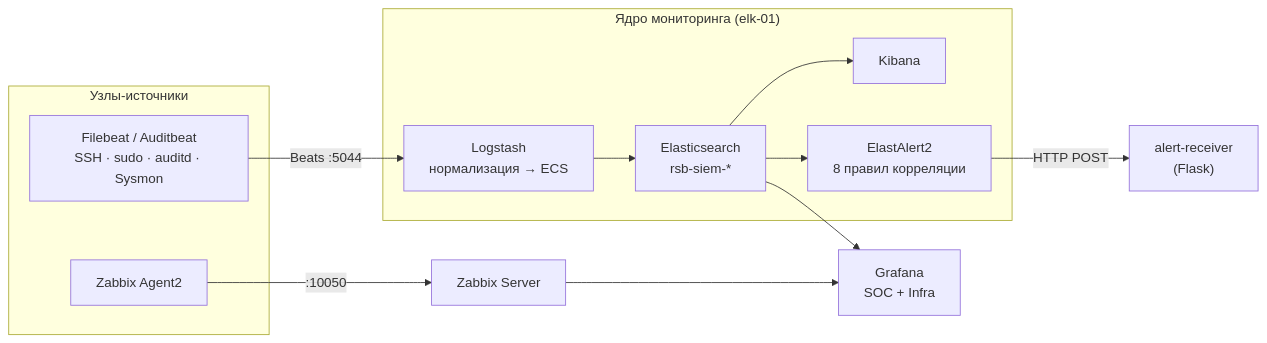
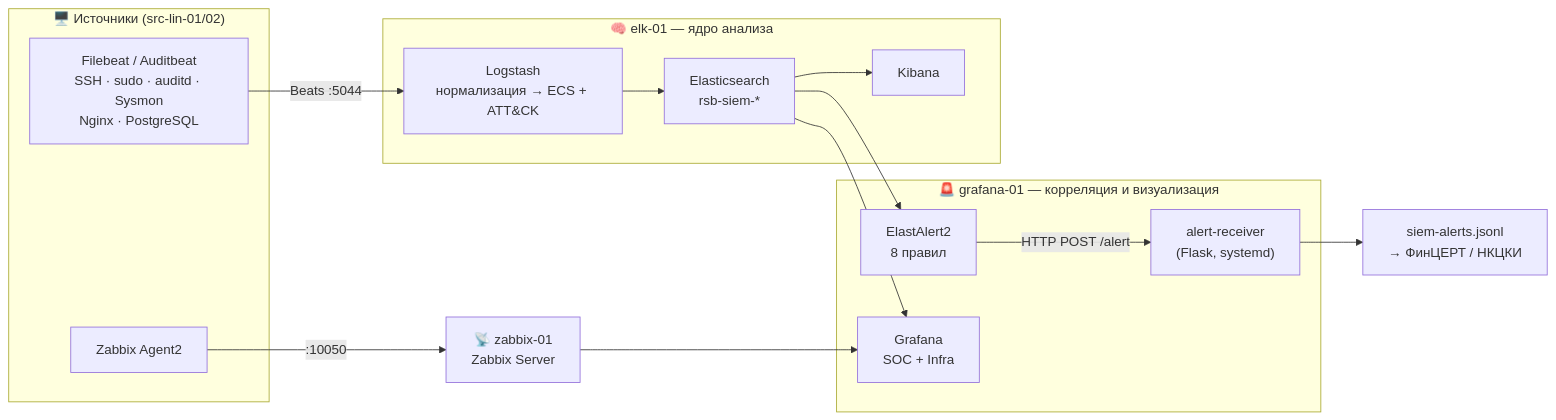
Before and after one commit to iceicexi00/siem-soc-monitoring: the first of 2 diagrams in README.md, drawn with Mermaid. The commit also changed other lines of this file, not shown here.

````diff
--- a/README.md
+++ b/README.md
@@ -40,22 +75,24 @@
 ```mermaid
 flowchart LR
-    subgraph SRC["Узлы-источники"]
-        A1["Filebeat / Auditbeat<br/>SSH · sudo · auditd · Sysmon"]
+    subgraph SRC["🖥️ Источники (src-lin-01/02)"]
+        A1["Filebeat / Auditbeat<br/>SSH · sudo · auditd · Sysmon<br/>Nginx · PostgreSQL"]
         A2["Zabbix Agent2"]
     end
-    subgraph CORE["Ядро мониторинга (elk-01)"]
-        L["Logstash<br/>нормализация → ECS"]
+    subgraph CORE["🧠 elk-01 — ядро анализа"]
+        L["Logstash<br/>нормализация → ECS + ATT&CK"]
         E["Elasticsearch<br/>rsb-siem-*"]
         K["Kibana"]
-        EA["ElastAlert2<br/>8 правил корреляции"]
     end
-    Z["Zabbix Server"]
-    R["alert-receiver<br/>(Flask)"]
-    G["Grafana<br/>SOC + Infra"]
+    subgraph RESP["🚨 grafana-01 — корреляция и визуализация"]
+        EA["ElastAlert2<br/>8 правил"]
+        R["alert-receiver<br/>(Flask, systemd)"]
+        G["Grafana<br/>SOC + Infra"]
+    end
+    Z["📡 zabbix-01<br/>Zabbix Server"]
 
     A1 -->|"Beats :5044"| L --> E --> K
-    E --> EA -->|"HTTP POST"| R
+    E --> EA -->|"HTTP POST /alert"| R --> J["siem-alerts.jsonl<br/>→ ФинЦЕРТ / НКЦКИ"]
     A2 -->|":10050"| Z
     E --> G
     Z --> G
 ```
````
